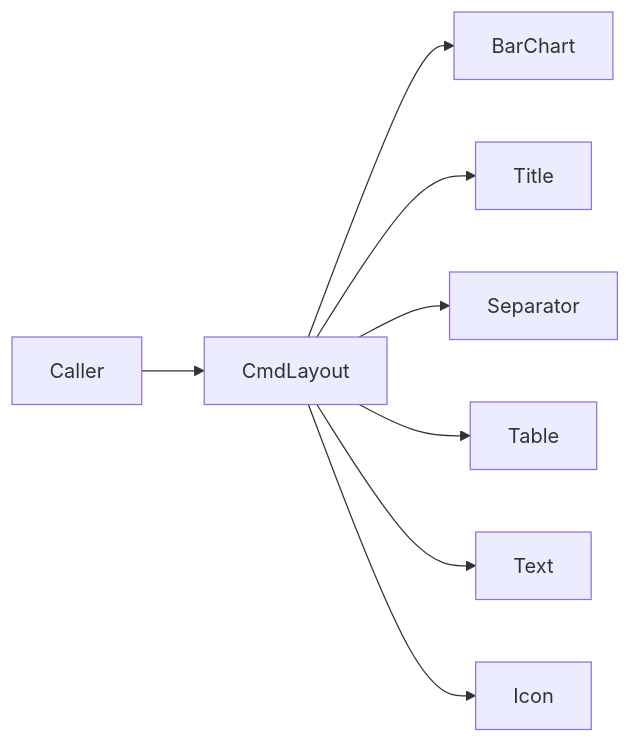
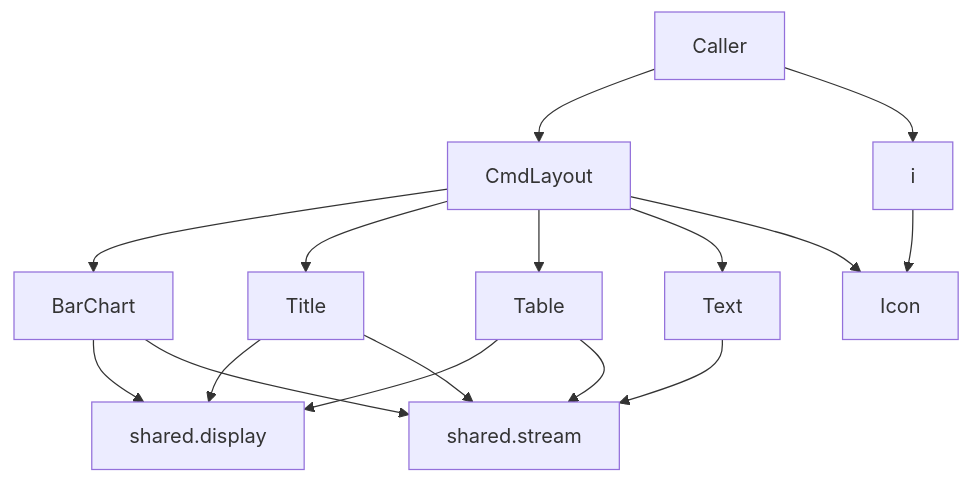
The diagram in core/infra/cmd_layout/docs/ARCHITECTURE.md (garnet1985/new-tea-quant), drawn with Mermaid before and after one commit. The commit also changed other lines of this file and 30 other files, not shown here.

Commit message:
clean up cmd layout

````diff
--- a/core/infra/cmd_layout/docs/ARCHITECTURE.md
+++ b/core/infra/cmd_layout/docs/ARCHITECTURE.md
@@ -73,10 +57,18 @@
 ```mermaid
-flowchart LR
-  Caller --> CmdLayout
-  CmdLayout --> BarChart
-  CmdLayout --> Title
-  CmdLayout --> Separator
-  CmdLayout --> Table
-  CmdLayout --> Text
-  CmdLayout --> Icon
+flowchart TB
+  Caller --> Facade[CmdLayout]
+  Caller --> ShortI[i]
+  ShortI --> Icon
+  Facade --> BarChart
+  Facade --> Title
+  Facade --> Table
+  Facade --> Text
+  Facade --> Icon
+  Title --> Display[shared.display]
+  Table --> Display
+  BarChart --> Display
+  Title --> Stream[shared.stream]
+  Table --> Stream
+  Text --> Stream
+  BarChart --> Stream
 ```
````
